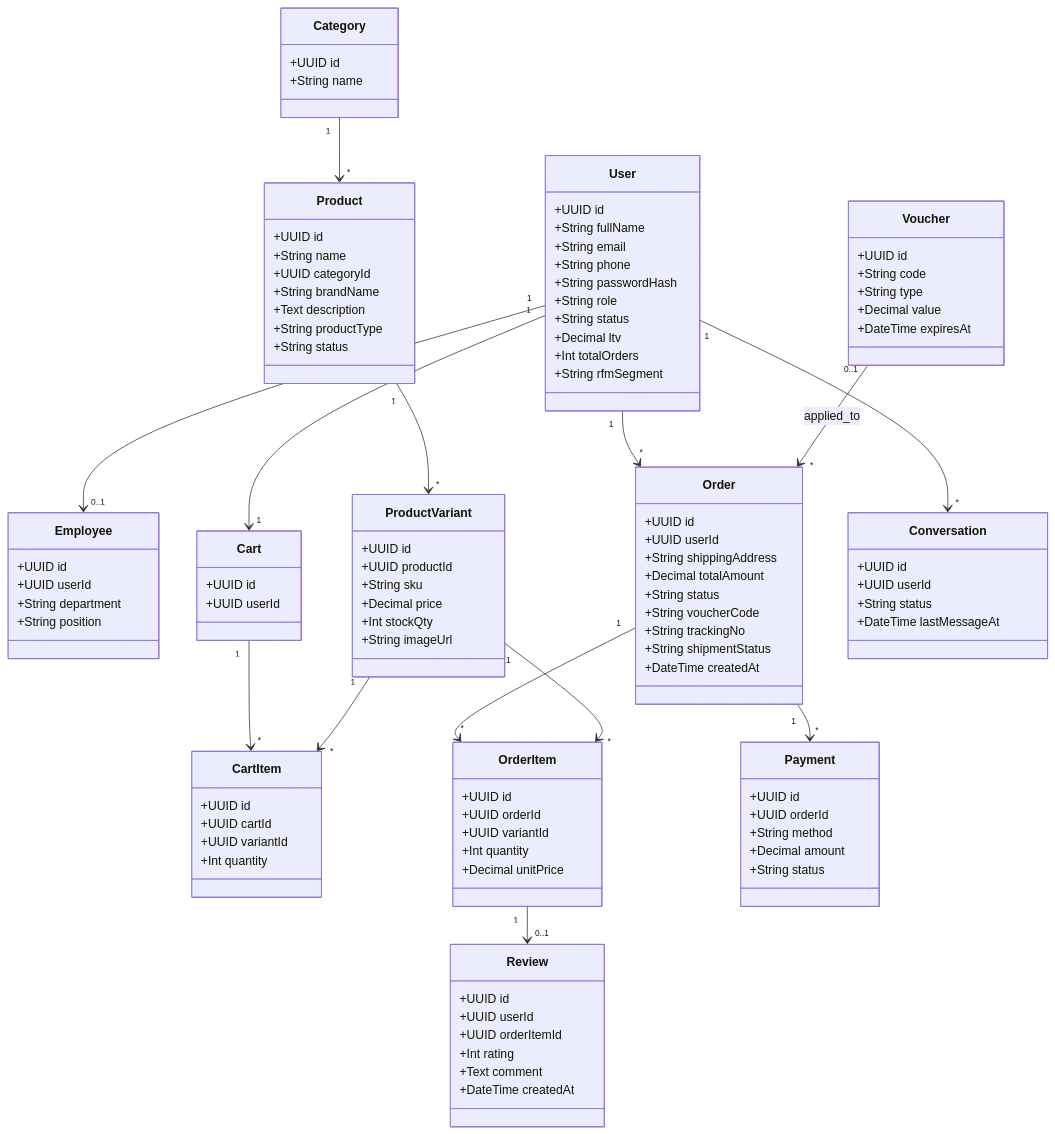
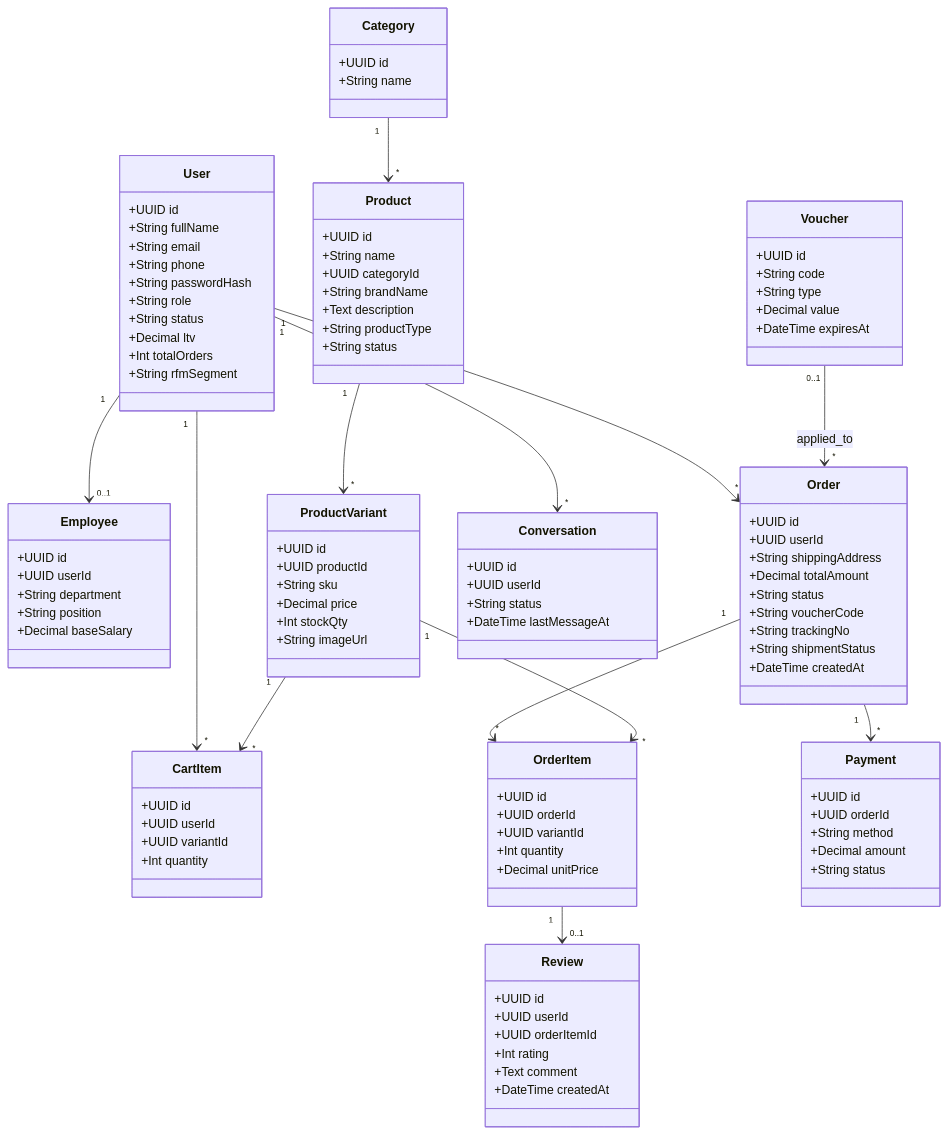
One commit to KhanhChung2k5/Shopee changed the second of 7 diagrams in crm-ecommerce-class-diagram.md. Above: the diagram before and after it, drawn with Mermaid. The commit also changed other lines of this file and 8 other files, not shown here.

```diff
--- a/crm-ecommerce-class-diagram.md
+++ b/crm-ecommerce-class-diagram.md
@@ -186,6 +185,7 @@
         +UUID userId
         +String department
         +String position
+        +Decimal baseSalary
     }
 
     %% ===== Catalog =====
@@ -212,13 +212,9 @@
     }
 
     %% ===== Order flow =====
-    class Cart {
+    class CartItem {
         +UUID id
         +UUID userId
-    }
-    class CartItem {
-        +UUID id
-        +UUID cartId
         +UUID variantId
         +Int quantity
     }
@@ -276,8 +272,7 @@
     User "1" --> "0..1" Employee
     Category "1" --> "*" Product
     Product "1" --> "*" ProductVariant
-    User "1" --> "1" Cart
-    Cart "1" --> "*" CartItem
+    User "1" --> "*" CartItem
     ProductVariant "1" --> "*" CartItem
     User "1" --> "*" Order
     Voucher "0..1" --> "*" Order : applied_to
```
